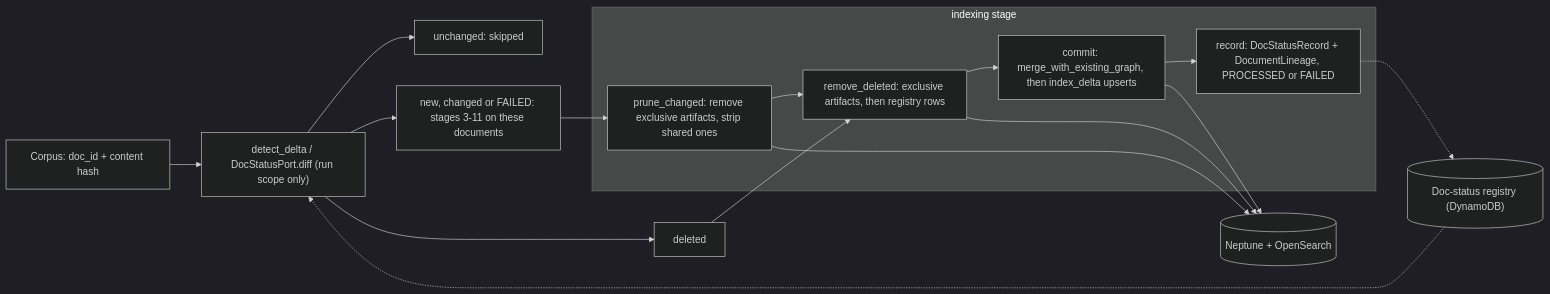
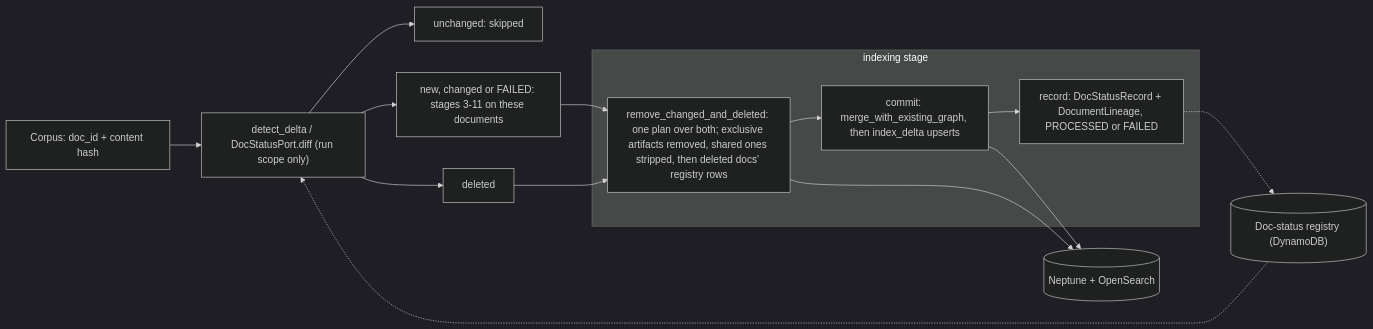
Before and after one commit to awslabs/unified-kg-rag-on-aws: the second of 3 diagrams in docs/design.ko.md, drawn with Mermaid (dark theme). The commit also changed other lines of this file and 13 other files, not shown here.

First line of the commit message:
fix(incremental): plan changed and deleted removal in one pass (#190)

````diff
--- a/docs/design.ko.md
+++ b/docs/design.ko.md
@@ -227,21 +227,19 @@
 ```mermaid
 flowchart LR
     corpus["Corpus: doc_id + content hash"] --> diff["detect_delta / DocStatusPort.diff (run scope only)"]
     registry[("Doc-status registry (DynamoDB)")] -.-> diff
     diff --> unchanged["unchanged: skipped"]
     diff --> work["new, changed or FAILED: stages 3-11 on these documents"]
     diff --> deleted["deleted"]
     subgraph indexing["indexing stage"]
-        prune["prune_changed: remove exclusive artifacts, strip shared ones"]
-        remove["remove_deleted: exclusive artifacts, then registry rows"]
+        remove["remove_changed_and_deleted: one plan over both; exclusive artifacts removed, shared ones stripped, then deleted docs' registry rows"]
         commit["commit: merge_with_existing_graph, then index_delta upserts"]
         record["record: DocStatusRecord + DocumentLineage, PROCESSED or FAILED"]
-        prune --> remove --> commit --> record
+        remove --> commit --> record
     end
-    work --> prune
+    work --> remove
     deleted --> remove
-    prune --> stores[("Neptune + OpenSearch")]
-    remove --> stores
+    remove --> stores[("Neptune + OpenSearch")]
     commit --> stores
     record -.-> registry
 ```
````
